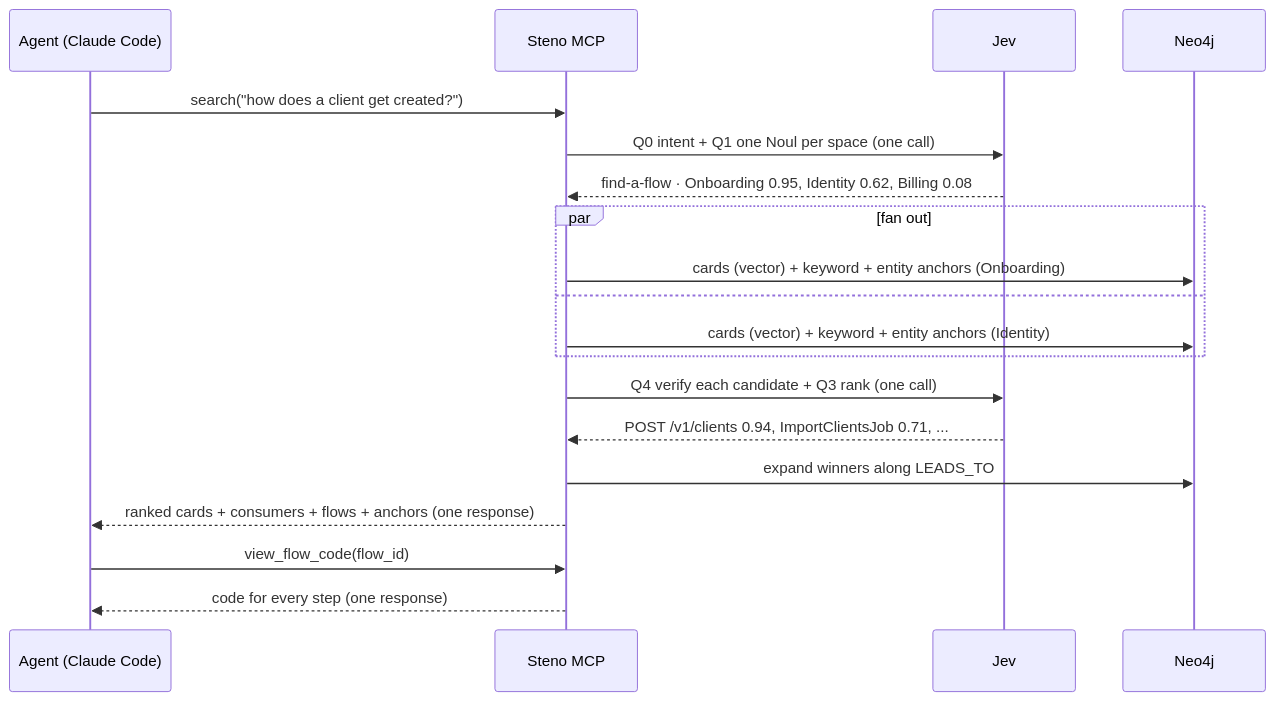
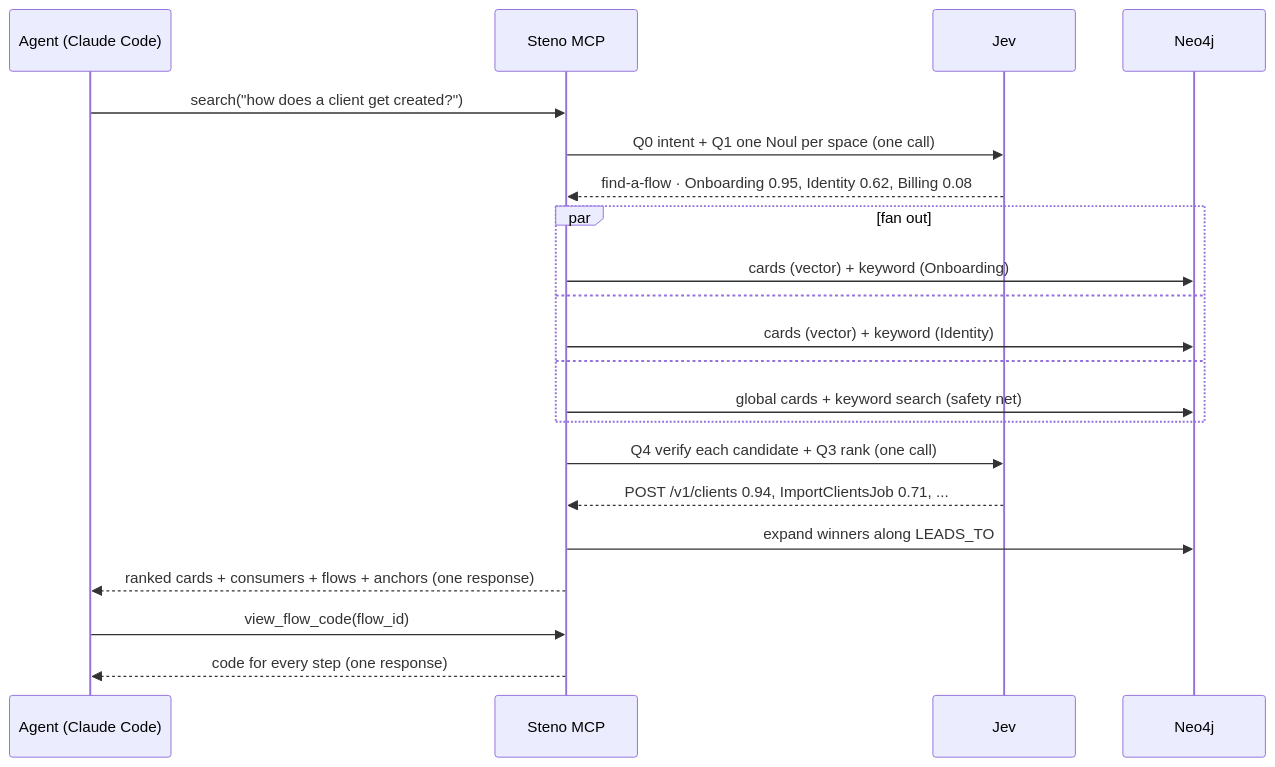
The seventh of 8 diagrams in docs/DESIGN_DOC.md (KBavis/steno), drawn with Mermaid before and after one commit. The commit also changed other lines of this file and 5 other files, not shown here.

````diff
--- a/docs/DESIGN_DOC.md
+++ b/docs/DESIGN_DOC.md
@@ -281,21 +283,23 @@
 ```mermaid
 sequenceDiagram
     participant Ag as Agent (Claude Code)
     participant M as Steno MCP
     participant J as Jev
     participant N as Neo4j
     Ag->>M: search("how does a client get created?")
     M->>J: Q0 intent + Q1 one Noul per space (one call)
     J-->>M: find-a-flow · Onboarding 0.95, Identity 0.62, Billing 0.08
     par fan out
-      M->>N: cards (vector) + keyword + entity anchors (Onboarding)
+      M->>N: cards (vector) + keyword (Onboarding)
     and
-      M->>N: cards (vector) + keyword + entity anchors (Identity)
+      M->>N: cards (vector) + keyword (Identity)
+    and
+      M->>N: global cards + keyword search (safety net)
     end
     M->>J: Q4 verify each candidate + Q3 rank (one call)
     J-->>M: POST /v1/clients 0.94, ImportClientsJob 0.71, ...
     M->>N: expand winners along LEADS_TO
     M-->>Ag: ranked cards + consumers + flows + anchors (one response)
     Ag->>M: view_flow_code(flow_id)
     M-->>Ag: code for every step (one response)
 ```
````
